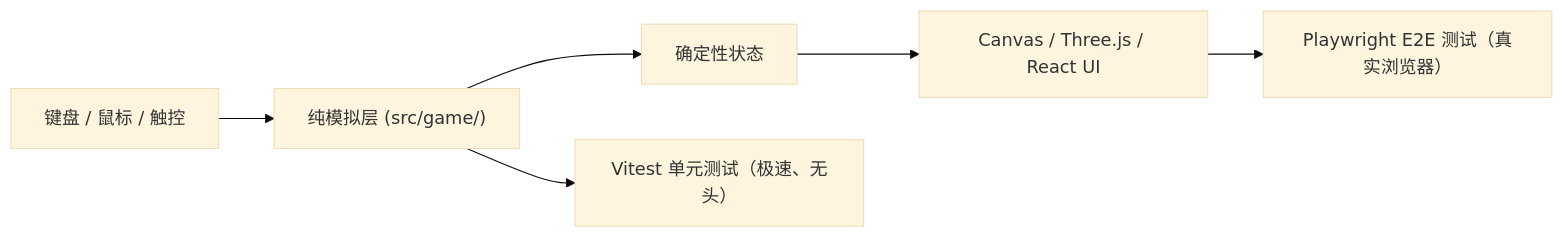
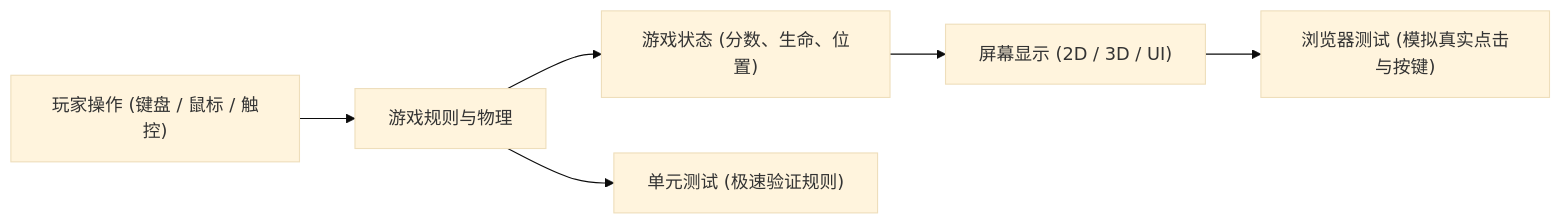
One commit to vuhung16au/gemini-games changed the diagram in courses/day-02-game-dev-concepts/README.zh.md. Above: the diagram before and after it, drawn with Mermaid (base theme). The commit also changed other lines of this file and 30 other files, not shown here.

````diff
--- a/courses/day-02-game-dev-concepts/README.zh.md
+++ b/courses/day-02-game-dev-concepts/README.zh.md
@@ -12,8 +12,8 @@
 ```mermaid
 flowchart LR
-  Input["键盘 / 鼠标 / 触控"] --> Sim["纯模拟层 (src/game/)"]
-  Sim --> State["确定性状态"]
-  State --> Render["Canvas / Three.js / React UI"]
-  Sim --> Tests["Vitest 单元测试（极速、无头）"]
-  Render --> E2E["Playwright E2E 测试（真实浏览器）"]
+  Input["玩家操作 (键盘 / 鼠标 / 触控)"] --> Sim["游戏规则与物理"]
+  Sim --> State["游戏状态 (分数、生命、位置)"]
+  State --> Render["屏幕显示 (2D / 3D / UI)"]
+  Sim --> Tests["单元测试 (极速验证规则)"]
+  Render --> E2E["浏览器测试 (模拟真实点击与按键)"]
 ```
````
